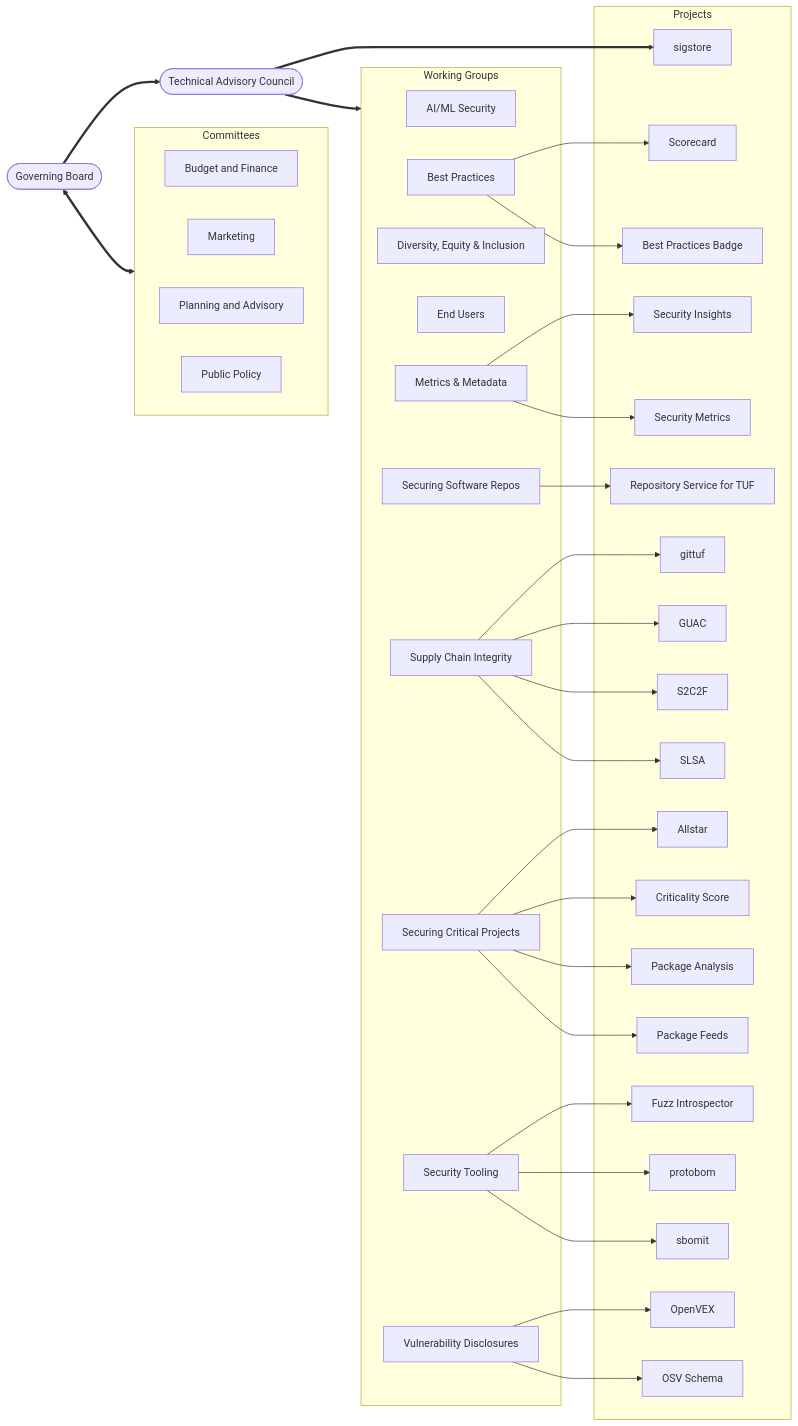
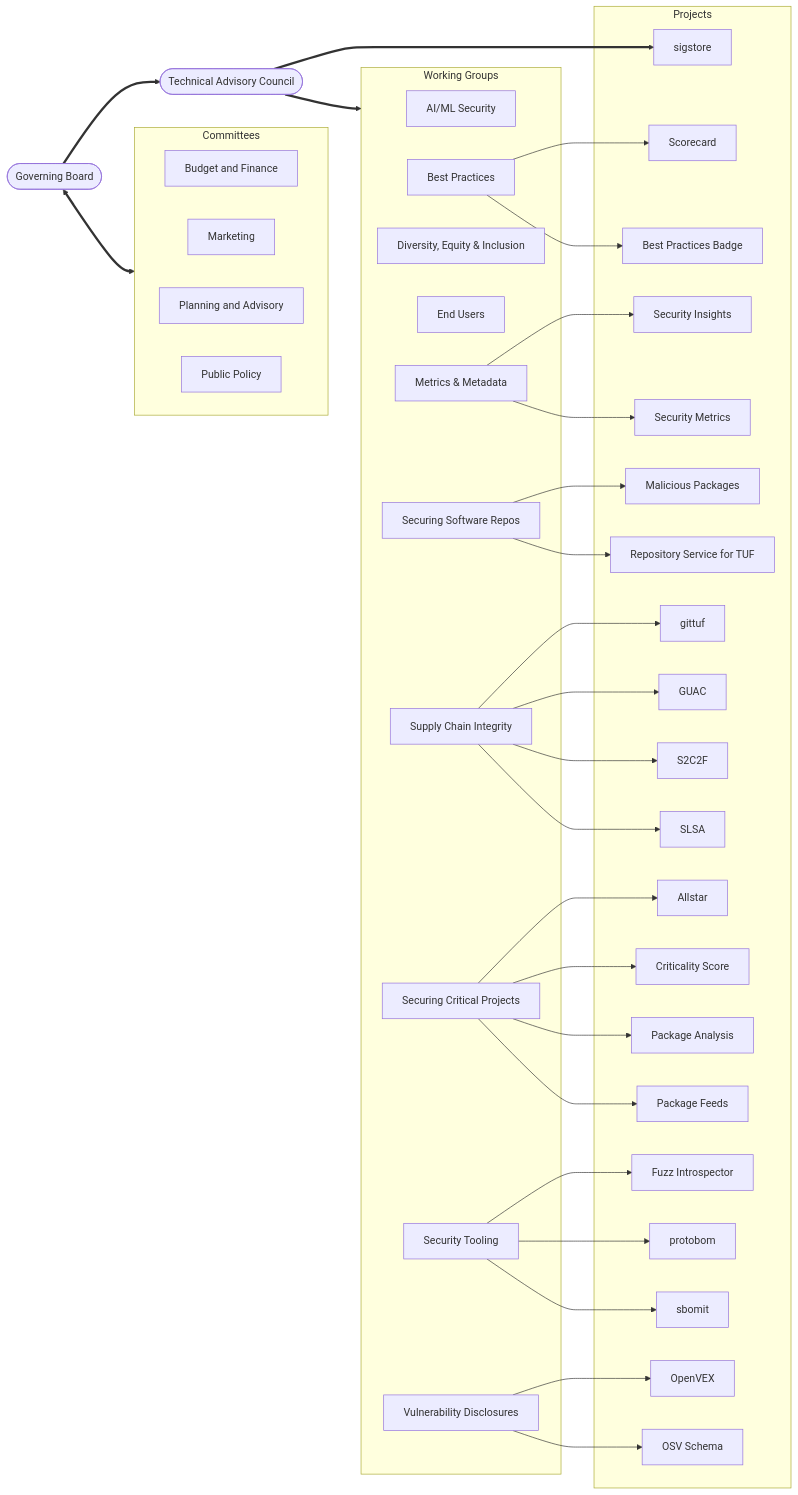
Before and after one commit to ossf/tac: the diagram in organizational-structure-overview.md, drawn with Mermaid. The commit also changed 2 other files, not shown here.

Commit message:
Transition Malicious Packages under Securing Software Repositories WG

````diff
--- a/organizational-structure-overview.md
+++ b/organizational-structure-overview.md
@@ -51,71 +51,73 @@
 ```mermaid
 flowchart LR
     GB([Governing Board])
 
     subgraph subC[Committees]
         direction LR
         Budget[Budget and Finance]
         Market[Marketing]
         Plan[Planning and Advisory]
         Policy[Public Policy]
     end
     GB <==> subC
     GB ==> TAC([Technical Advisory Council])
 
     subgraph WG[Working Groups]
         AI[AI/ML Security]
         BP[Best Practices]
         DEI[Diversity, Equity & Inclusion]
         EU[End Users]
         MM[Metrics & Metadata]
         REP[Securing Software Repos]
         SCI[Supply Chain Integrity]
         SCP[Securing Critical Projects]
         ST[Security Tooling]
         VD[Vulnerability Disclosures]
     end
 
     subgraph projects[Projects]
        Scorecard[Scorecard]
        BPB[Best Practices Badge]
        SI[Security Insights]
        SM[Security Metrics]
+       MP[Malicious Packages]
        Rstuf[Repository Service for TUF]
        Gittuf[gittuf]
        GUAC[GUAC]
        SLSA[SLSA]
        S2C2F
        Allstar[Allstar]
        Sigstore[sigstore]
        CS[Criticality Score]
        PA[Package Analysis]
        PF[Package Feeds]
        FI[Fuzz Introspector]
        Protobom[protobom]
        Sbomit[sbomit]
        OpenVEX[OpenVEX]
        OSV[OSV Schema]
     end
 
     TAC ==> WG
     TAC ==> Sigstore
 
     BP --> Scorecard
     BP --> BPB
     MM --> SI
     MM --> SM
+    REP --> MP
     REP --> Rstuf
     SCI --> Gittuf
     SCI --> GUAC
     SCI --> S2C2F
     SCI --> SLSA
     SCP --> Allstar
     SCP --> CS
     SCP --> PA
     SCP --> PF
     ST --> FI
     ST --> Protobom
     ST --> Sbomit
     VD --> OpenVEX
     VD --> OSV
 ```
````
